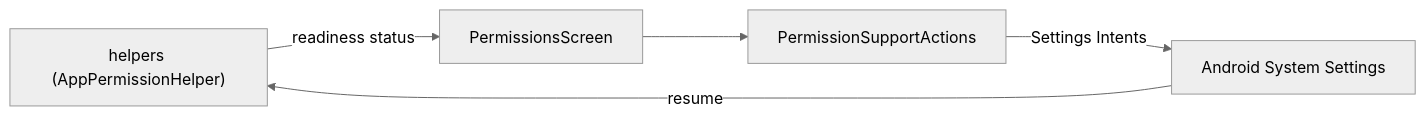
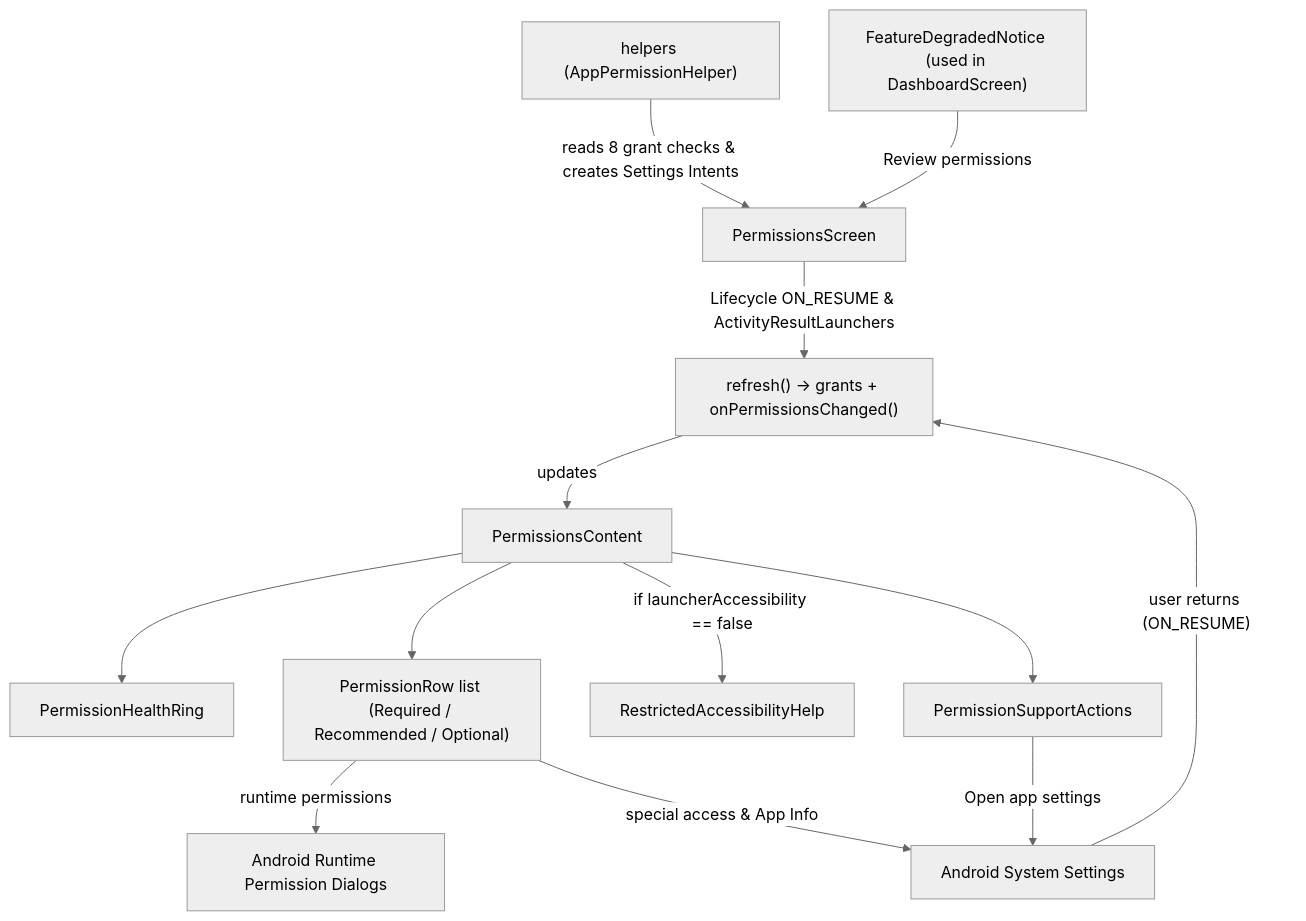
Before and after one commit to tyejaedon/Cover-Screen-OS: the diagram in app/src/main/java/com/tyejaedon/coverscreenos/ui/permissions/README.md, drawn with Mermaid (neutral theme). The commit also changed other lines of this file and 157 other files, not shown here.

````diff
--- a/app/src/main/java/com/tyejaedon/coverscreenos/ui/permissions/README.md
+++ b/app/src/main/java/com/tyejaedon/coverscreenos/ui/permissions/README.md
@@ -15,7 +58,15 @@
 ```mermaid
-flowchart LR
-    Helper["helpers (AppPermissionHelper)"] -->|"readiness status"| Screen["PermissionsScreen"]
-    Screen --> Actions["PermissionSupportActions"]
-    Actions -->|"Settings Intents"| AndroidSettings["Android System Settings"]
-    AndroidSettings -->|"resume"| Helper
+flowchart TD
+    Helper["helpers (AppPermissionHelper)"] -->|"reads 8 grant checks & creates Settings Intents"| Screen["PermissionsScreen"]
+    Screen -->|"Lifecycle ON_RESUME & ActivityResultLaunchers"| Refresh["refresh() -> grants + onPermissionsChanged()"]
+    Refresh -->|"updates"| Content["PermissionsContent"]
+    Content --> Ring["PermissionHealthRing"]
+    Content --> Rows["PermissionRow list (Required / Recommended / Optional)"]
+    Content -->|"if launcherAccessibility == false"| Help["RestrictedAccessibilityHelp"]
+    Content --> Support["PermissionSupportActions"]
+    Rows -->|"runtime permissions"| Dialogs["Android Runtime Permission Dialogs"]
+    Rows -->|"special access & App Info"| Settings["Android System Settings"]
+    Support -->|"Open app settings"| Settings
+    Settings -->|"user returns (ON_RESUME)"| Refresh
+    FeatureDegradedNotice["FeatureDegradedNotice (used in DashboardScreen)"] -->|"Review permissions"| Screen
 ```
````
